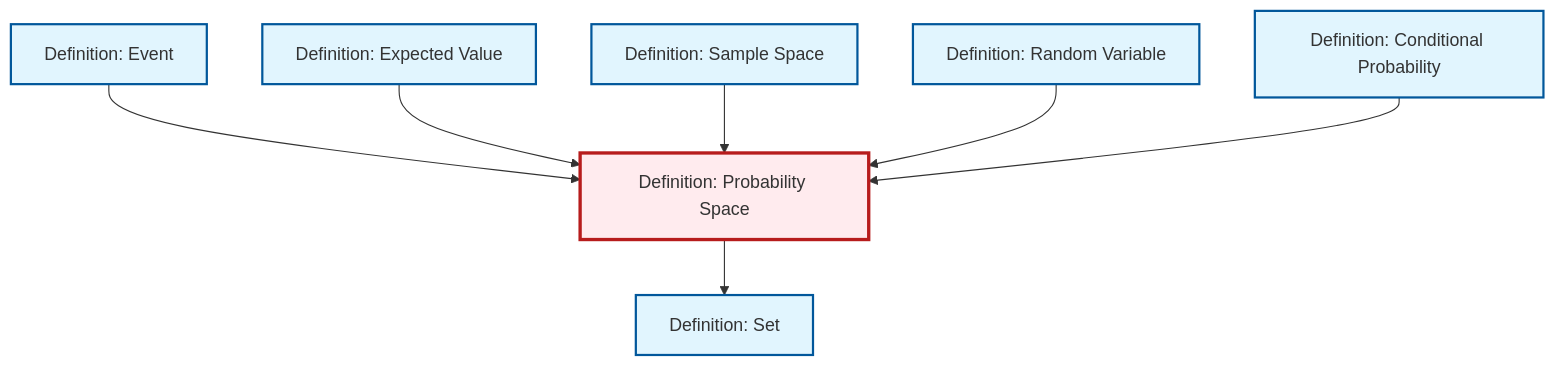
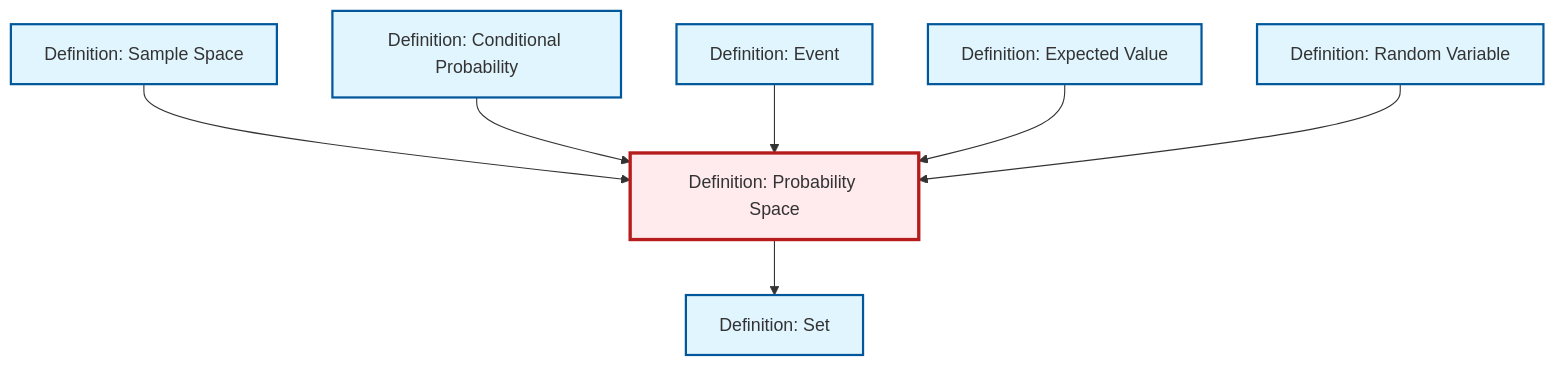
Before and after one commit to RK0429/ModernMath: the diagram in output/mermaid/def-probability-space.mermaid, drawn with Mermaid. The commit also changed other lines of this file and 1117 other files, not shown here.

````diff
--- a/output/mermaid/def-probability-space.mermaid
+++ b/output/mermaid/def-probability-space.mermaid
@@ -1,23 +1,23 @@
 ```{mermaid}
 %%| fig-cap: "Local dependency graph"
 graph TD
     classDef definition fill:#e1f5fe,stroke:#01579b,stroke-width:2px
     classDef theorem fill:#f3e5f5,stroke:#4a148c,stroke-width:2px
     classDef axiom fill:#fff3e0,stroke:#e65100,stroke-width:2px
     classDef example fill:#e8f5e9,stroke:#1b5e20,stroke-width:2px
     classDef current fill:#ffebee,stroke:#b71c1c,stroke-width:3px
+    def-expectation["Definition: Expected Value"]:::definition
+    def-set["Definition: Set"]:::definition
+    def-sample-space["Definition: Sample Space"]:::definition
+    def-random-variable["Definition: Random Variable"]:::definition
     def-probability-space["Definition: Probability Space"]:::definition
-    def-set["Definition: Set"]:::definition
     def-event["Definition: Event"]:::definition
-    def-sample-space["Definition: Sample Space"]:::definition
-    def-expectation["Definition: Expected Value"]:::definition
-    def-random-variable["Definition: Random Variable"]:::definition
     def-conditional-probability["Definition: Conditional Probability"]:::definition
+    def-sample-space --> def-probability-space
+    def-conditional-probability --> def-probability-space
     def-event --> def-probability-space
+    def-probability-space --> def-set
     def-expectation --> def-probability-space
-    def-sample-space --> def-probability-space
-    def-probability-space --> def-set
     def-random-variable --> def-probability-space
-    def-conditional-probability --> def-probability-space
     class def-probability-space current
 ```
````
